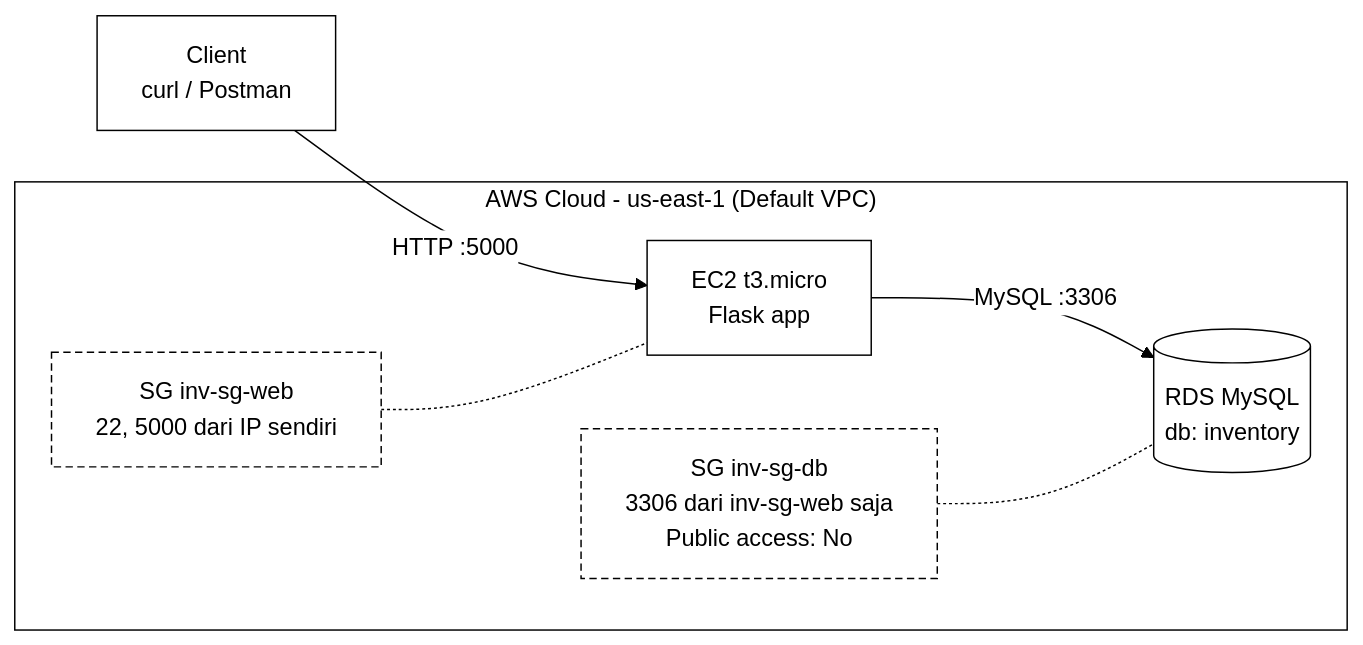
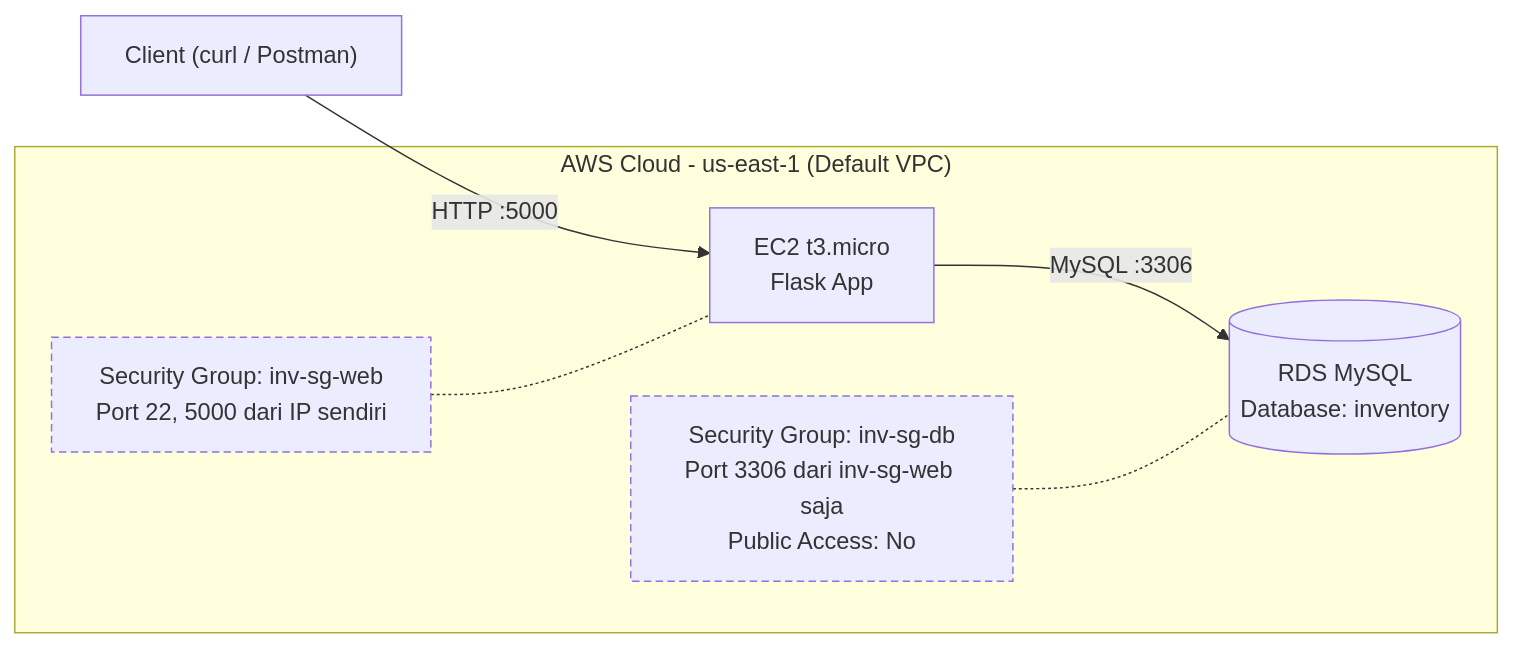
The diagram in README.md (Palupifitrianingrum/Inventaris-Barang), drawn with Mermaid before and after one commit. The commit also changed other lines of this file, not shown here.

Commit message:
Revise AWS architecture diagram in README
Updated AWS architecture diagram and improved security group descriptions.

````diff
--- a/README.md
+++ b/README.md
@@ -42,16 +43,18 @@
 ```mermaid
-%%{init: {'theme':'base','themeVariables':{'background':'transparent','primaryColor':'#ffffff','primaryTextColor':'#000000','primaryBorderColor':'#000000','lineColor':'#000000','secondaryColor':'#ffffff','tertiaryColor':'#ffffff','clusterBkg':'transparent','clusterBorder':'#000000','edgeLabelBackground':'#ffffff','fontFamily':'Arial'}}}%%
 flowchart LR
-  U["Client<br/>curl / Postman"] -->|"HTTP :5000"| EC2
-  subgraph AWS["AWS Cloud - us-east-1 (Default VPC)"]
-    EC2["EC2 t3.micro<br/>Flask app"]
-    RDS[("RDS MySQL<br/>db: inventory")]
-    SGW["SG inv-sg-web<br/>22, 5000 dari IP sendiri"]
-    SGD["SG inv-sg-db<br/>3306 dari inv-sg-web saja<br/>Public access: No"]
-    EC2 -->|"MySQL :3306"| RDS
-    SGW -.- EC2
-    SGD -.- RDS
-  end
-  classDef sec stroke-dasharray:5 3
-  class SGW,SGD sec
+    U["Client (curl / Postman)"] -->|"HTTP :5000"| EC2
+
+    subgraph AWS["AWS Cloud - us-east-1 (Default VPC)"]
+        EC2["EC2 t3.micro<br/>Flask App"]
+        RDS[("RDS MySQL<br/>Database: inventory")]
+        SGW["Security Group: inv-sg-web<br/>Port 22, 5000 dari IP sendiri"]
+        SGD["Security Group: inv-sg-db<br/>Port 3306 dari inv-sg-web saja<br/>Public Access: No"]
+
+        EC2 -->|"MySQL :3306"| RDS
+        SGW -.- EC2
+        SGD -.- RDS
+    end
+
+    classDef sec stroke-dasharray:5 3
+    class SGW,SGD sec
 ```
````
